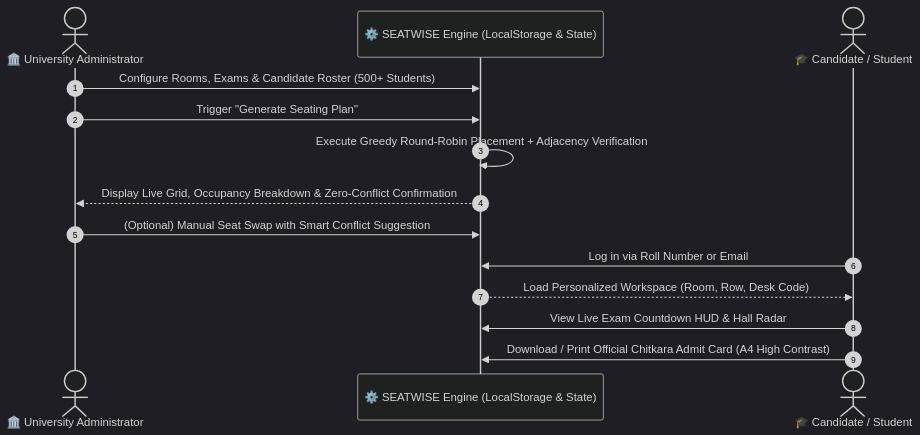
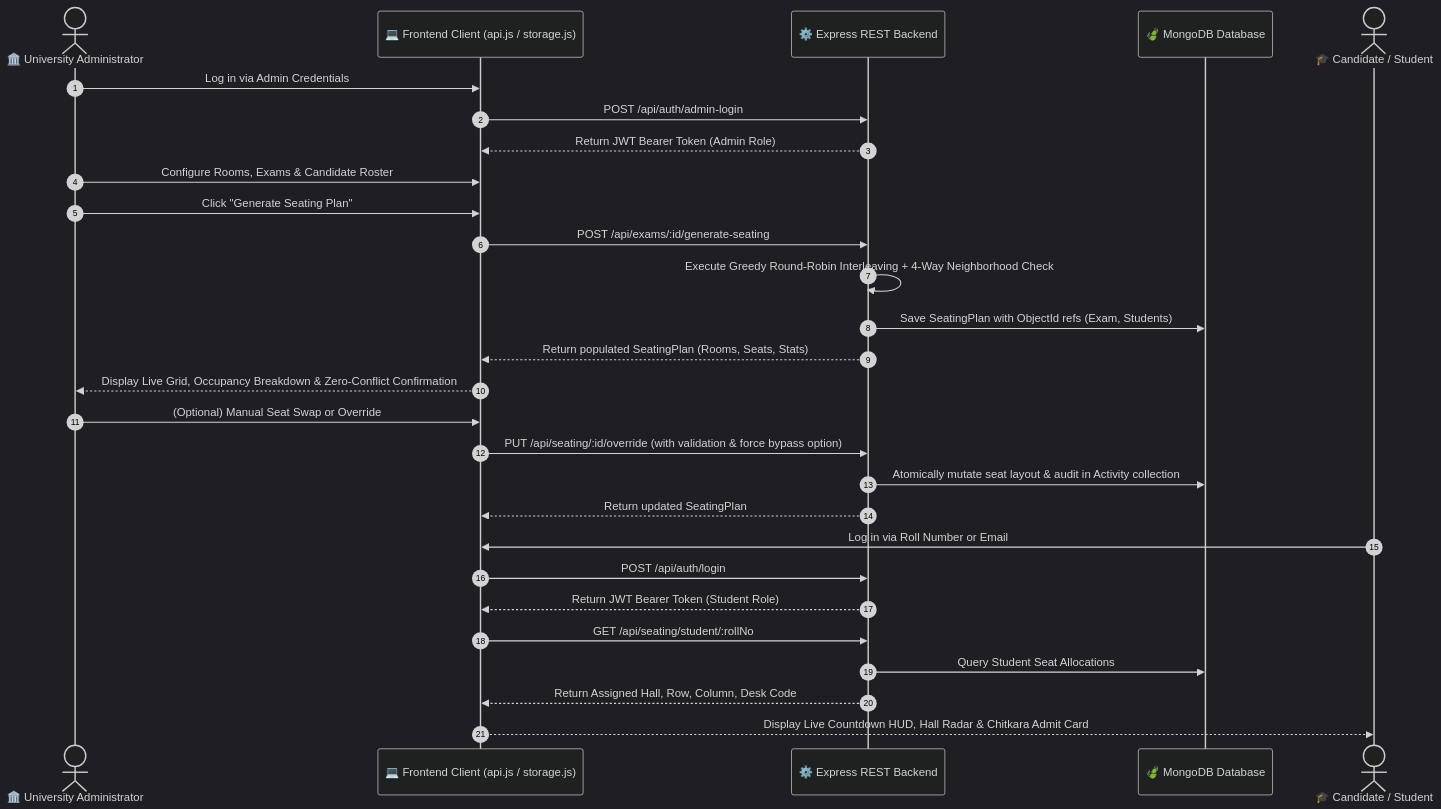
One commit to Harnoorkaur06/Seatwise changed the third of 3 diagrams in README.md. Above: the diagram before and after it, drawn with Mermaid (dark theme). The commit also changed other lines of this file, not shown here.

Commit message:
docs: update README for full-stack v2.0.0 architecture

````diff
--- a/README.md
+++ b/README.md
@@ -139,18 +178,33 @@
 ```mermaid
 sequenceDiagram
     autonumber
     actor Admin as 🏛️ University Administrator
-    participant System as ⚙️ SEATWISE Engine (LocalStorage & State)
+    participant Front as 💻 Frontend Client (api.js / storage.js)
+    participant Back as ⚙️ Express REST Backend
+    participant DB as 🍃 MongoDB Database
     actor Student as 🎓 Candidate / Student
 
-    Admin->>System: Configure Rooms, Exams & Candidate Roster (500+ Students)
-    Admin->>System: Trigger "Generate Seating Plan"
-    System->>System: Execute Greedy Round-Robin Placement + Adjacency Verification
-    System-->>Admin: Display Live Grid, Occupancy Breakdown & Zero-Conflict Confirmation
-    Admin->>System: (Optional) Manual Seat Swap with Smart Conflict Suggestion
+    Admin->>Front: Log in via Admin Credentials
+    Front->>Back: POST /api/auth/admin-login
+    Back-->>Front: Return JWT Bearer Token (Admin Role)
+    Admin->>Front: Configure Rooms, Exams & Candidate Roster
+    Admin->>Front: Click "Generate Seating Plan"
+    Front->>Back: POST /api/exams/:id/generate-seating
+    Back->>Back: Execute Greedy Round-Robin Interleaving + 4-Way Neighborhood Check
+    Back->>DB: Save SeatingPlan with ObjectId refs (Exam, Students)
+    Back-->>Front: Return populated SeatingPlan (Rooms, Seats, Stats)
+    Front-->>Admin: Display Live Grid, Occupancy Breakdown & Zero-Conflict Confirmation
     
-    Student->>System: Log in via Roll Number or Email
-    System-->>Student: Load Personalized Workspace (Room, Row, Desk Code)
-    Student->>System: View Live Exam Countdown HUD & Hall Radar
-    Student->>System: Download / Print Official Chitkara Admit Card (A4 High Contrast)
+    Admin->>Front: (Optional) Manual Seat Swap or Override
+    Front->>Back: PUT /api/seating/:id/override (with validation & force bypass option)
+    Back->>DB: Atomically mutate seat layout & audit in Activity collection
+    Back-->>Front: Return updated SeatingPlan
+    
+    Student->>Front: Log in via Roll Number or Email
+    Front->>Back: POST /api/auth/login
+    Back-->>Front: Return JWT Bearer Token (Student Role)
+    Front->>Back: GET /api/seating/student/:rollNo
+    Back->>DB: Query Student Seat Allocations
+    Back-->>Front: Return Assigned Hall, Row, Column, Desk Code
+    Front-->>Student: Display Live Countdown HUD, Hall Radar & Chitkara Admit Card
 ```
````
